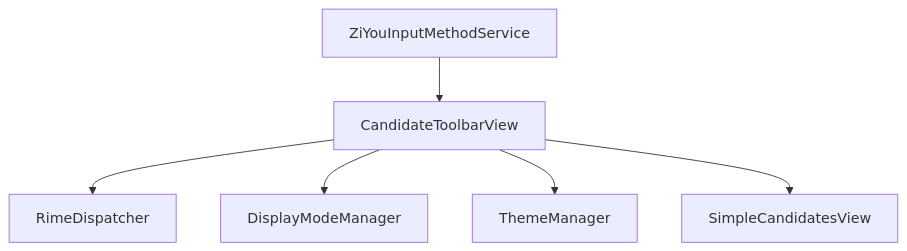
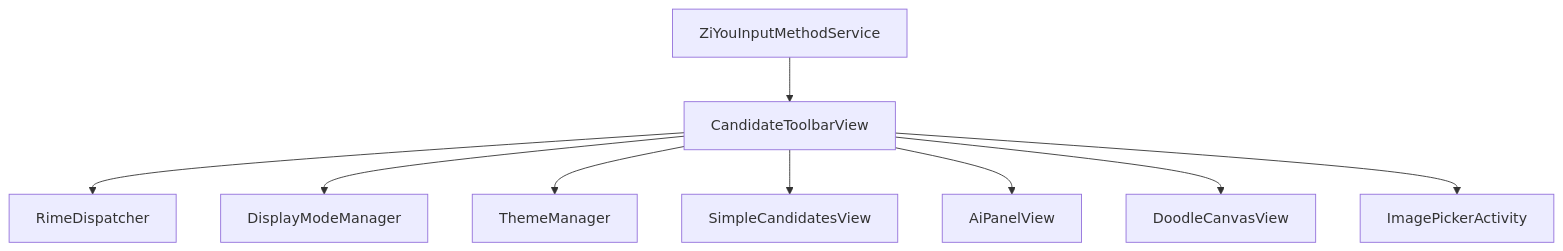
The first of 5 diagrams in .qoder/repowiki/zh/content/UI 组件/候选词工具栏视图 (CandidateToolbarView).md (qiaodashaoye/ziyou-ime), drawn with Mermaid before and after one commit. The commit also changed other lines of this file and 3 other files, not shown here.

````diff
--- a/.qoder/repowiki/zh/content/UI 组件/候选词工具栏视图 (CandidateToolbarView).md
+++ b/.qoder/repowiki/zh/content/UI 组件/候选词工具栏视图 (CandidateToolbarView).md
@@ -32,8 +45,11 @@
 ```mermaid
 graph TB
 A["ZiYouInputMethodService"] --> B["CandidateToolbarView"]
 B --> C["RimeDispatcher"]
 B --> D["DisplayModeManager"]
 B --> E["ThemeManager"]
 B --> F["SimpleCandidatesView"]
+B --> G["AiPanelView"]
+B --> H["DoodleCanvasView"]
+B --> I["ImagePickerActivity"]
 ```
````
